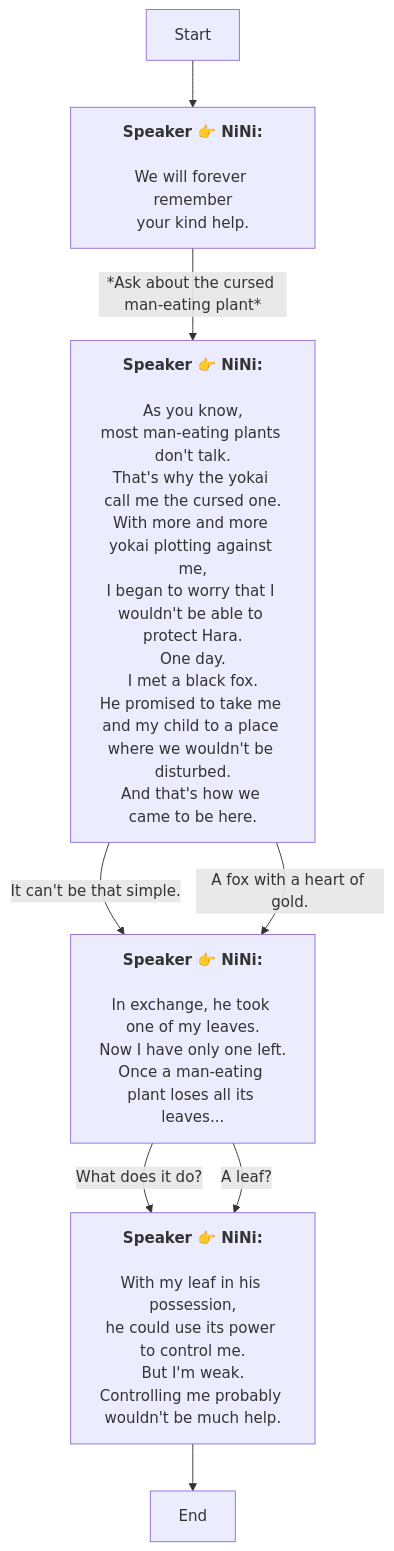
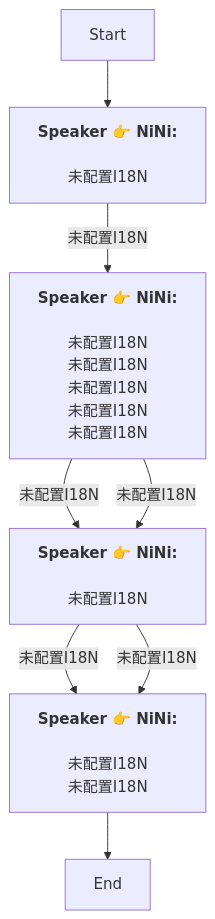
The diagram in En/QuestTalkObjectiveNode_1766066826063619.md (SoftHu/tos_avg), drawn with Mermaid before and after one commit. The commit also changed 730 other files, not shown here.

````diff
--- a/En/QuestTalkObjectiveNode_1766066826063619.md
+++ b/En/QuestTalkObjectiveNode_1766066826063619.md
@@ -1,31 +1,17 @@
 ```mermaid
 graph
 Start -->1766067178303239[<b>Speaker 👉 NiNi:</b>
-\nWe will forever remember
-your kind help.]
-1766067178303239 -->|*Ask about the cursed man-eating plant*|1766067230958349[<b>Speaker 👉 NiNi:</b>
-\nAs you know,
-most man-eating plants don't talk.\nThat's why the yokai call me the cursed one.\nWith more and more yokai plotting against me,
-I began to worry that I wouldn't be able to protect Hara.\nOne day.
-I met a black fox.\nHe promised to take me and my child to a place 
-where we wouldn't be disturbed.
-And that's how we came to be here.]
-1766067230958349 -->|It can't be that simple.|1766067445982995[<b>Speaker 👉 NiNi:</b>
-\nIn exchange, he took one of my leaves.
-Now I have only one left.
-Once a man-eating plant loses all its leaves...]
-1766067230958349 -->|A fox with a heart of gold.|1766067445982995[<b>Speaker 👉 NiNi:</b>
-\nIn exchange, he took one of my leaves.
-Now I have only one left.
-Once a man-eating plant loses all its leaves...]
-1766067445982995 -->|What does it do?|1766067522114329[<b>Speaker 👉 NiNi:</b>
-\nWith my leaf in his possession,
-he could use its power to control me.\nBut I'm weak.
-Controlling me probably wouldn't be much help.]
-1766067445982995 -->|A leaf?|1766067522114329[<b>Speaker 👉 NiNi:</b>
-\nWith my leaf in his possession,
-he could use its power to control me.\nBut I'm weak.
-Controlling me probably wouldn't be much help.]
+\n未配置I18N]
+1766067178303239 -->|未配置I18N|1766067230958349[<b>Speaker 👉 NiNi:</b>
+\n未配置I18N\n未配置I18N\n未配置I18N\n未配置I18N\n未配置I18N]
+1766067230958349 -->|未配置I18N|1766067445982995[<b>Speaker 👉 NiNi:</b>
+\n未配置I18N]
+1766067230958349 -->|未配置I18N|1766067445982995[<b>Speaker 👉 NiNi:</b>
+\n未配置I18N]
+1766067445982995 -->|未配置I18N|1766067522114329[<b>Speaker 👉 NiNi:</b>
+\n未配置I18N\n未配置I18N]
+1766067445982995 -->|未配置I18N|1766067522114329[<b>Speaker 👉 NiNi:</b>
+\n未配置I18N\n未配置I18N]
 1766067522114329 -->1766067559968538[End]
 
 ```
````
